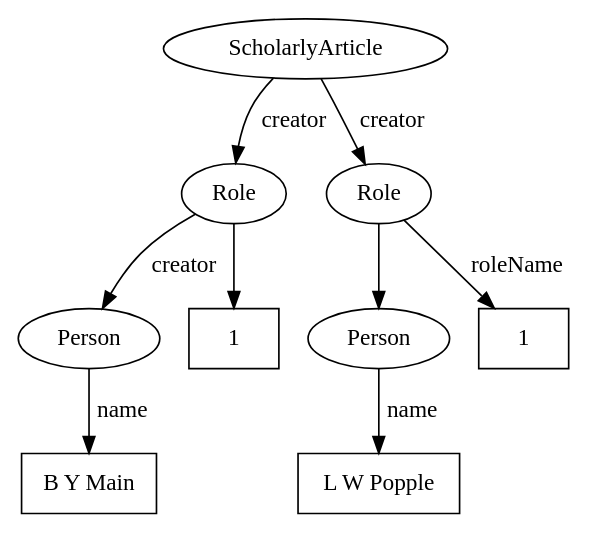
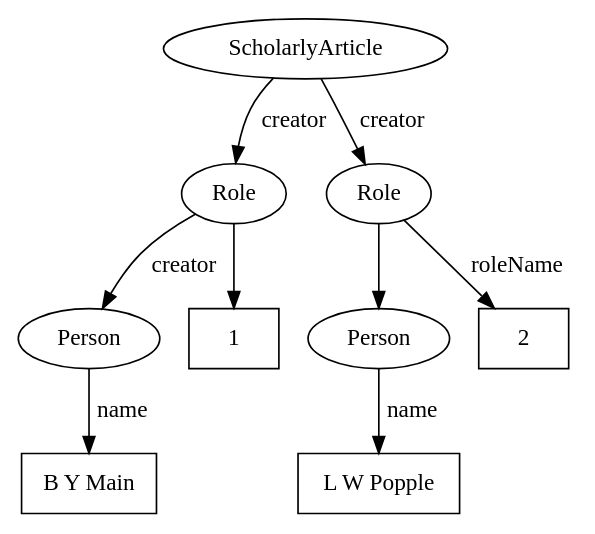
Before and after one commit to rdmpage/ozymandias-demo: the diagram in manuscript/author_role.dot, drawn with Graphviz. The commit also changed 92 other files, not shown here.

```diff
--- a/manuscript/author_role.dot
+++ b/manuscript/author_role.dot
@@ -1,34 +1,34 @@
 digraph G {
 
 ScholarlyArticle [label="ScholarlyArticle"] ;
 
 role1 [label="Role"] ;
 		
 ScholarlyArticle -> role1 [label="creator"];
 
 role2 [label="Role"] ;
 
 ScholarlyArticle -> role2 [label="creator"];
 		
 creator1 [label="Person"] ;	
 creator2 [label="Person"] ;	
 
 role1 -> creator1 [label="creator"];
 role2 -> creator2 /*[label="creator"]*/;
 
 name1 [label="B Y Main",shape=box] ;
 name2 [label="L W Popple",shape=box] ;
 
 creator1 -> name1 [label="name"];
 creator2 -> name2 [label="name"];
 
 role1value [label="1",shape=box];
-role2value [label="1",shape=box];	
+role2value [label="2",shape=box];	
 	
 
 role1 -> role1value /*[label="roleName"]*/;	
 role2 -> role2value [label="roleName"];	
 
 
 
 }
```
